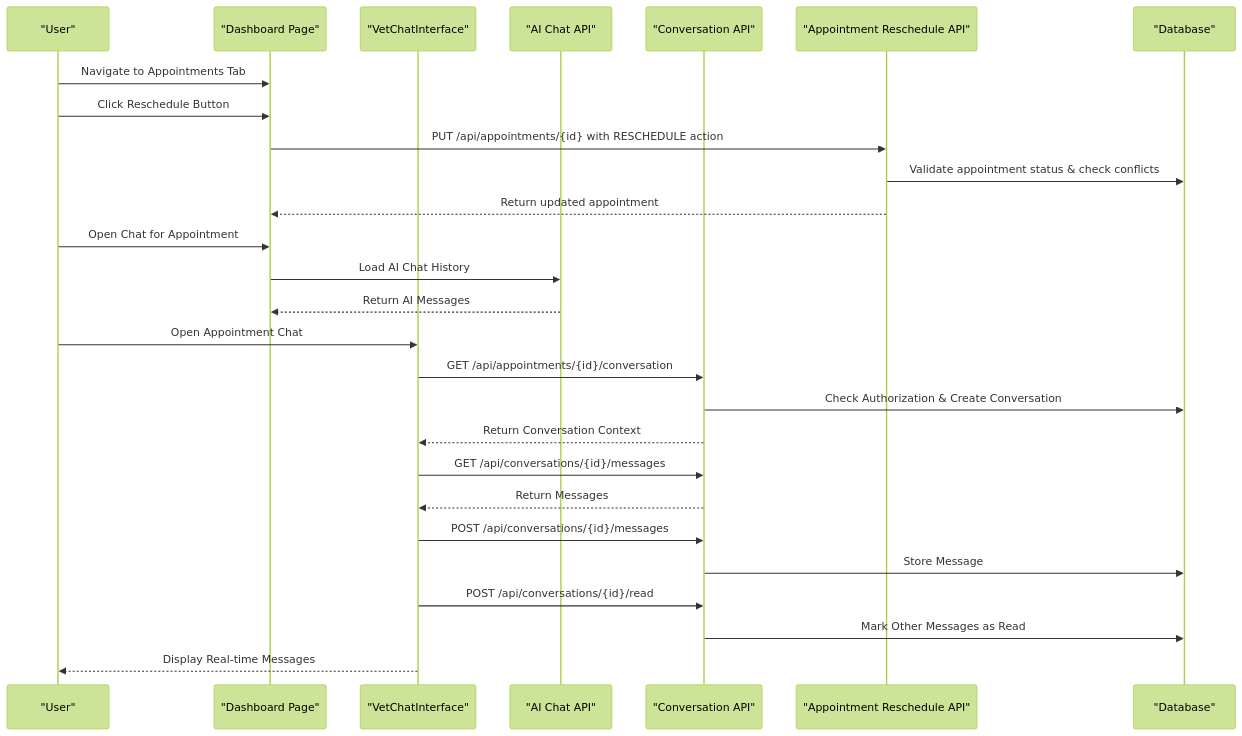
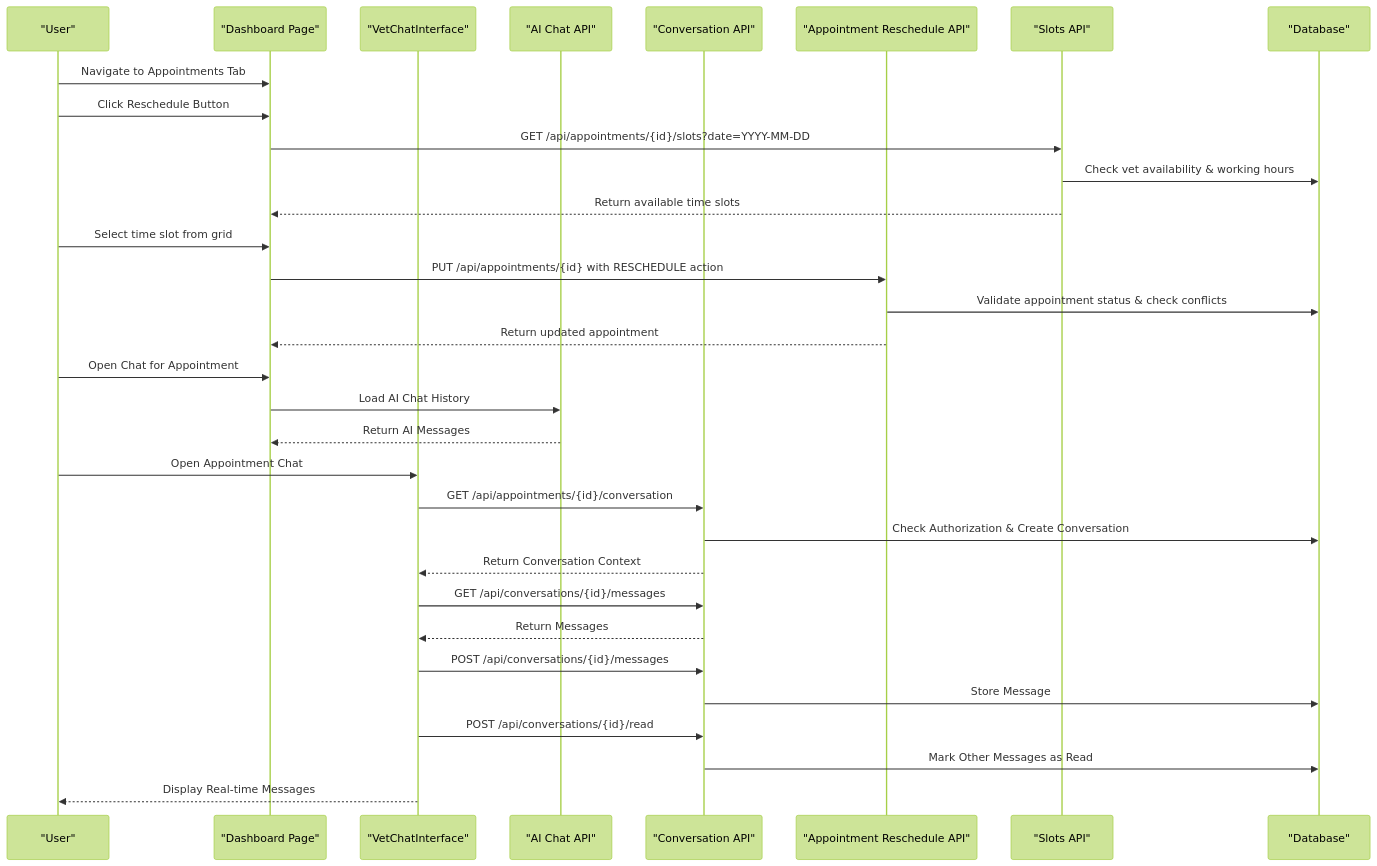
Before and after one commit to Javeria-Javaid/ai-powered-pet-healthcare-ecosystem: the second of 3 diagrams in .qoder/repowiki/en/content/User Dashboards/Pet Owner Dashboard.md, drawn with Mermaid (forest theme). The commit also changed other lines of this file and 23 other files, not shown here.

````diff
--- a/.qoder/repowiki/en/content/User Dashboards/Pet Owner Dashboard.md
+++ b/.qoder/repowiki/en/content/User Dashboards/Pet Owner Dashboard.md
@@ -169,29 +176,34 @@
 ```mermaid
 sequenceDiagram
 participant U as "User"
 participant D as "Dashboard Page"
 participant VC as "VetChatInterface"
 participant AC as "AI Chat API"
 participant CC as "Conversation API"
 participant AR as "Appointment Reschedule API"
+participant AS as "Slots API"
 participant DB as "Database"
 U->>D : Navigate to Appointments Tab
 U->>D : Click Reschedule Button
+D->>AS : GET /api/appointments/{id}/slots?date=YYYY-MM-DD
+AS->>DB : Check vet availability & working hours
+AS-->>D : Return available time slots
+U->>D : Select time slot from grid
 D->>AR : PUT /api/appointments/{id} with RESCHEDULE action
 AR->>DB : Validate appointment status & check conflicts
 AR-->>D : Return updated appointment
 U->>D : Open Chat for Appointment
 D->>AC : Load AI Chat History
 AC-->>D : Return AI Messages
 U->>VC : Open Appointment Chat
 VC->>CC : GET /api/appointments/{id}/conversation
 CC->>DB : Check Authorization & Create Conversation
 CC-->>VC : Return Conversation Context
 VC->>CC : GET /api/conversations/{id}/messages
 CC-->>VC : Return Messages
 VC->>CC : POST /api/conversations/{id}/messages
 CC->>DB : Store Message
 VC->>CC : POST /api/conversations/{id}/read
 CC->>DB : Mark Other Messages as Read
 VC-->>U : Display Real-time Messages
 ```
````
